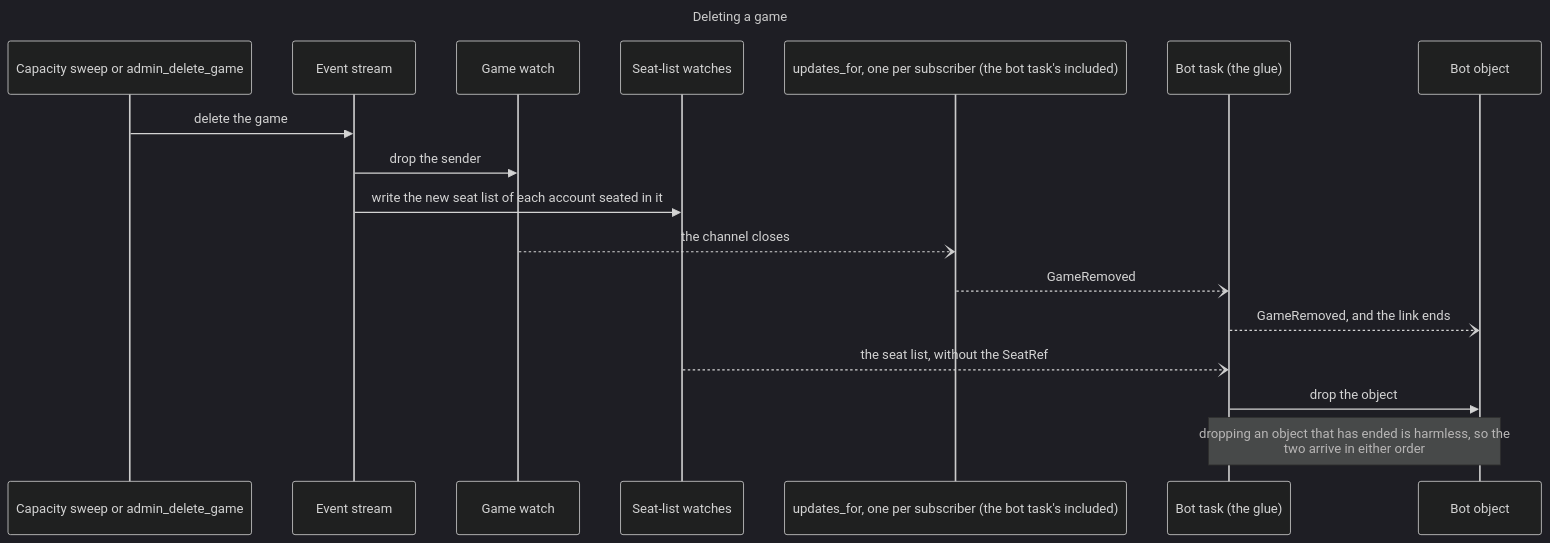
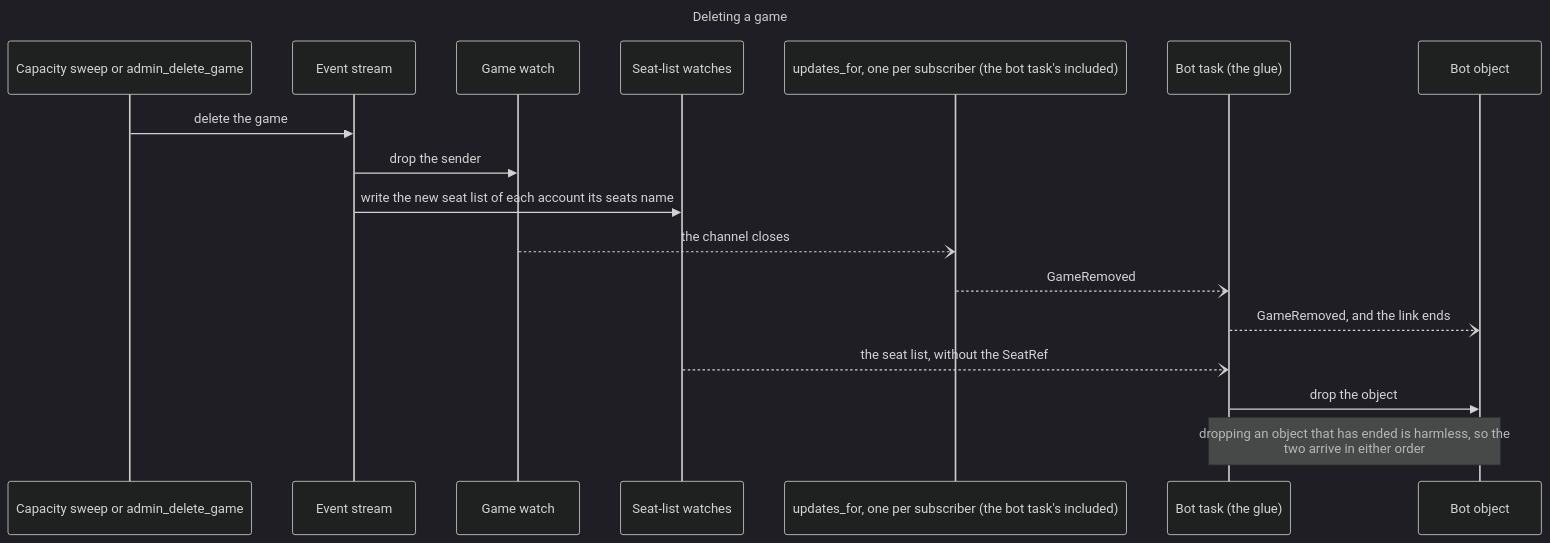
The second of 3 diagrams in applications/tile-lite-elite/3.1.7-changes/workstreams/application-game-architecture/71-one-game-model/71-06-engine.md (delphside/programme), drawn with Mermaid (dark theme) before and after one commit. The commit also changed other lines of this file and 3 other files, not shown here.

````diff
--- a/applications/tile-lite-elite/3.1.7-changes/workstreams/application-game-architecture/71-one-game-model/71-06-engine.md
+++ b/applications/tile-lite-elite/3.1.7-changes/workstreams/application-game-architecture/71-one-game-model/71-06-engine.md
@@ -278,21 +280,21 @@
 ```mermaid
 sequenceDiagram
   title Deleting a game
   participant D as Capacity sweep or admin_delete_game
   participant ES as Event stream
   participant GW as Game watch
   participant SW as Seat-list watches
   participant U as updates_for, one per subscriber (the bot task's included)
   participant BT as Bot task (the glue)
   participant B as Bot object
 
   D->>ES: delete the game
   ES->>GW: drop the sender
-  ES->>SW: write the new seat list of each account seated in it
+  ES->>SW: write the new seat list of each account its seats name
   GW--)U: the channel closes
   U--)BT: GameRemoved
   BT--)B: GameRemoved, and the link ends
   SW--)BT: the seat list, without the SeatRef
   BT->>B: drop the object
   Note over B,BT: dropping an object that has ended is harmless, so the<br>two arrive in either order
 ```
````
